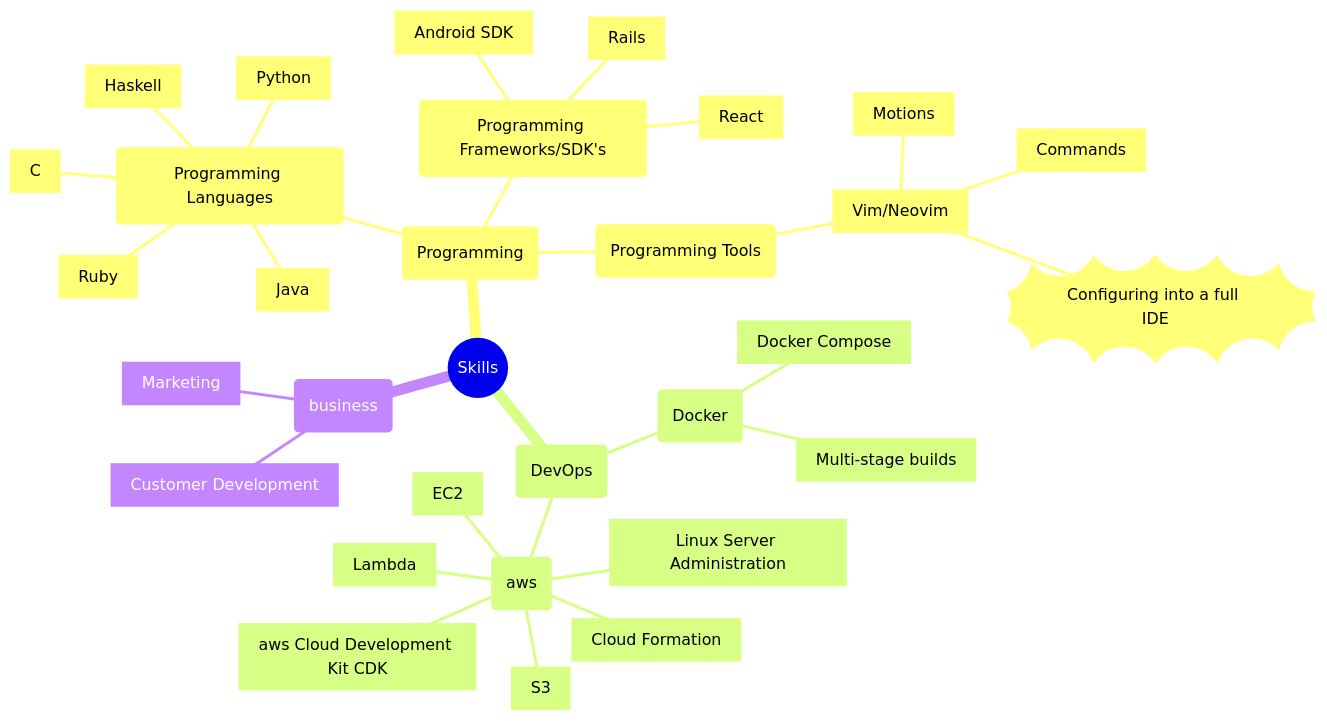
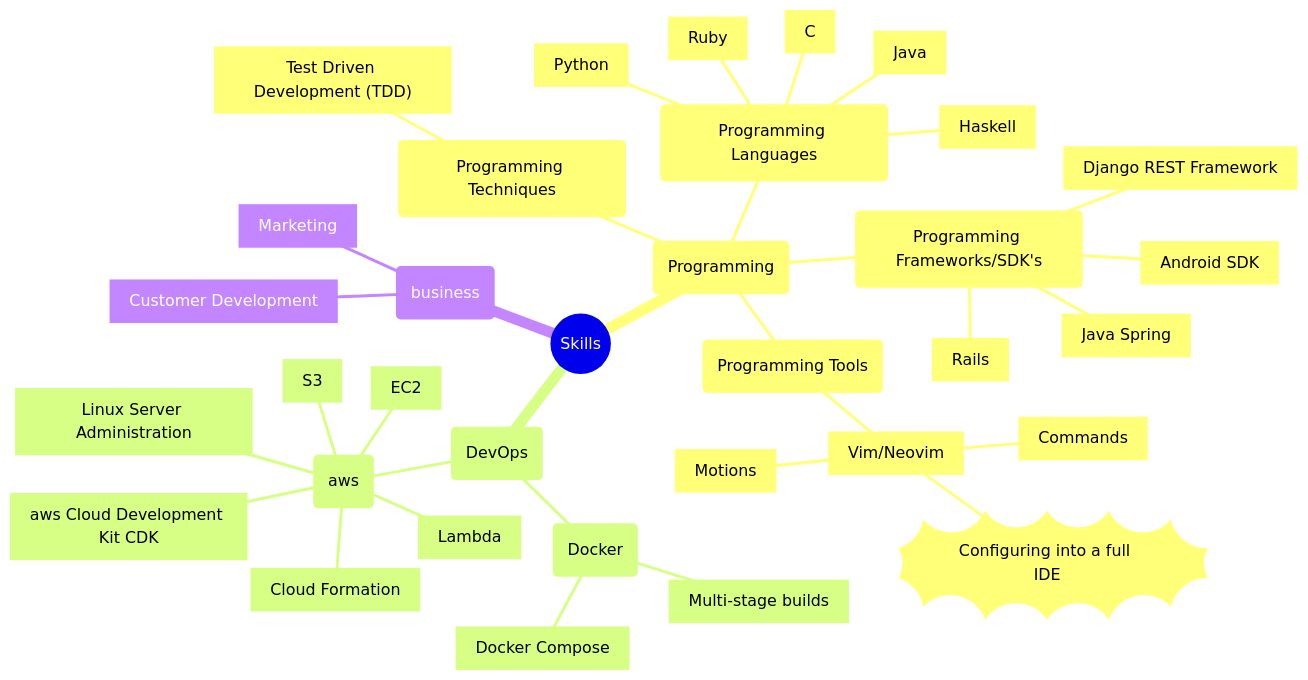
One commit to Russell-Waterhouse/skill-tree changed the second of 2 diagrams in README.md. Above: the diagram before and after it, drawn with Mermaid.

Commit message:
add more skills

````diff
--- a/README.md
+++ b/README.md
@@ -20,35 +20,38 @@
 ```mermaid
 mindmap
     root((Skills))
         (Programming)
             (Programming Languages)
                 [Java]
                 [C]
                 [Python]
                 [Ruby]
                 [Haskell]
             (Programming Frameworks/SDK's)
                 [Android SDK]
                 [Rails]
-                [React]
+                [Django REST Framework]
+                [Java Spring]
             (Programming Tools)
                 [Vim/Neovim]
                     [Motions]
                     [Commands]
                     ))Configuring into a full IDE((
+            (Programming Techniques)
+                ["Test Driven Development (TDD)"]
         (DevOps)
             (Docker)
                 [Multi-stage builds]
                 [Docker Compose]
             (aws)
                 [aws Cloud Development Kit CDK]
                 [S3]
                 [Lambda]
                 [Cloud Formation]
                 [EC2]
                 [Linux Server Administration]
         (business)
             [Marketing]
             [Customer Development]
 
 ```
````
